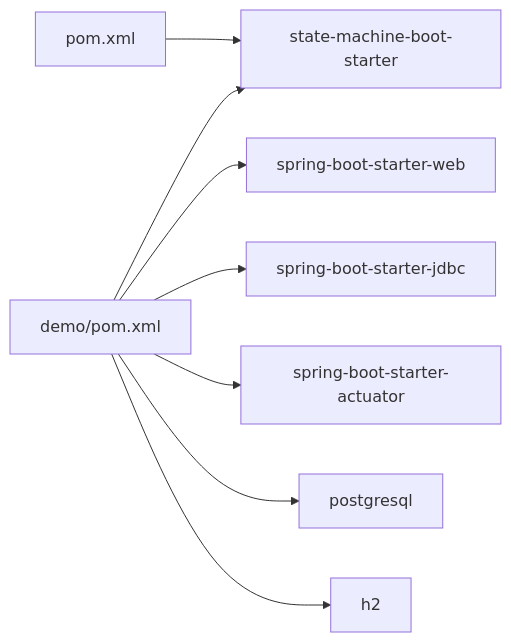
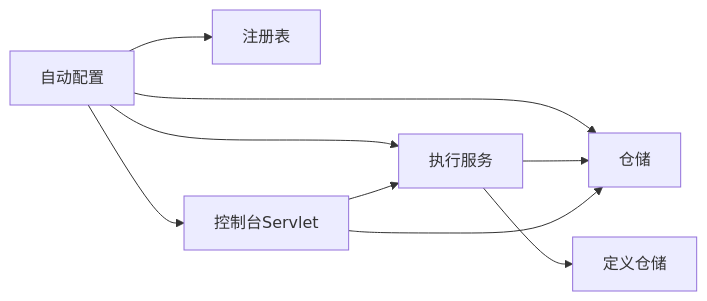
Before and after one commit to xiaoche80s-tech/state-machine-parent: the fourth of 4 diagrams in .qoder/repowiki/zh/content/快速开始.md, drawn with Mermaid. The commit also changed other lines of this file and 97 other files, not shown here.

````diff
--- a/.qoder/repowiki/zh/content/快速开始.md
+++ b/.qoder/repowiki/zh/content/快速开始.md
@@ -244,10 +230,11 @@
 ```mermaid
 graph LR
-DemoPom["demo/pom.xml"] --> Starter["state-machine-boot-starter"]
-DemoPom --> Web["spring-boot-starter-web"]
-DemoPom --> JDBC["spring-boot-starter-jdbc"]
-DemoPom --> Actuator["spring-boot-starter-actuator"]
-DemoPom --> PG["postgresql"]
-DemoPom --> H2["h2"]
-RootPom["pom.xml"] --> Starter
+Auto["自动配置"] --> Reg["注册表"]
+Auto --> Repo["仓储"]
+Auto --> Exec["执行服务"]
+Auto --> Console["控制台Servlet"]
+Exec --> Repo
+Console --> Repo
+Console --> Exec
+Exec --> DefRepo["定义仓储"]
 ```
````
